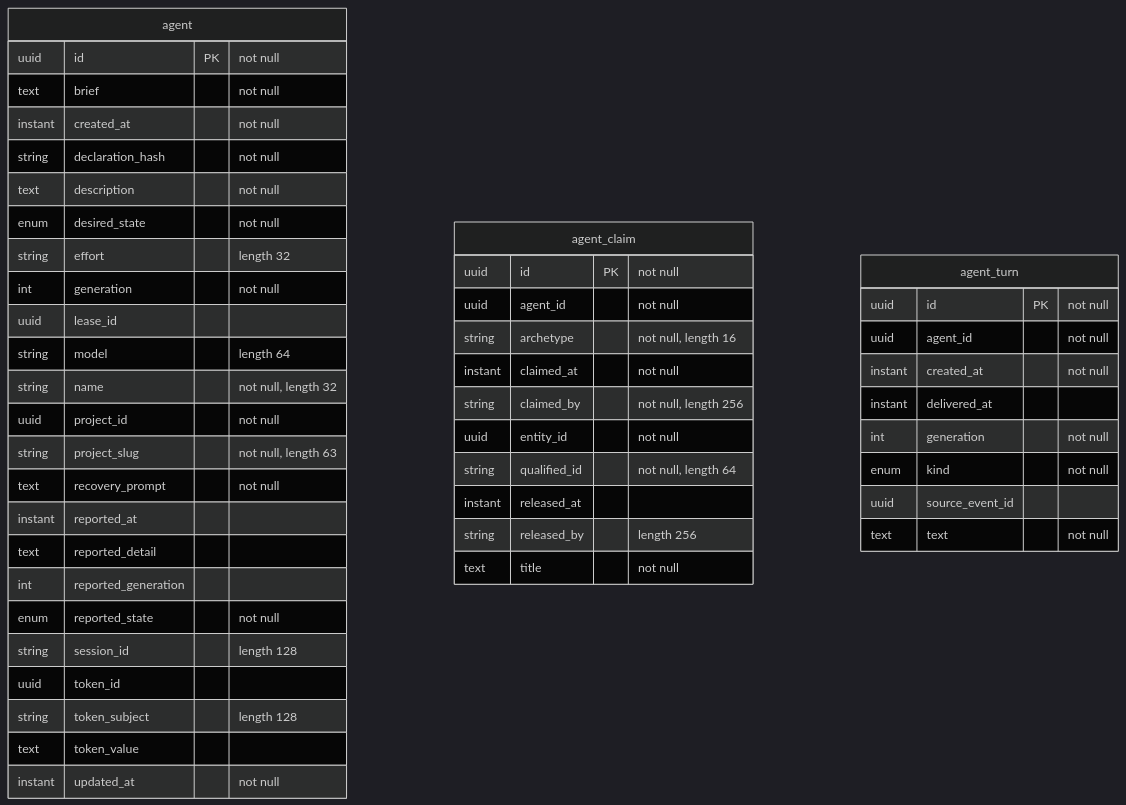
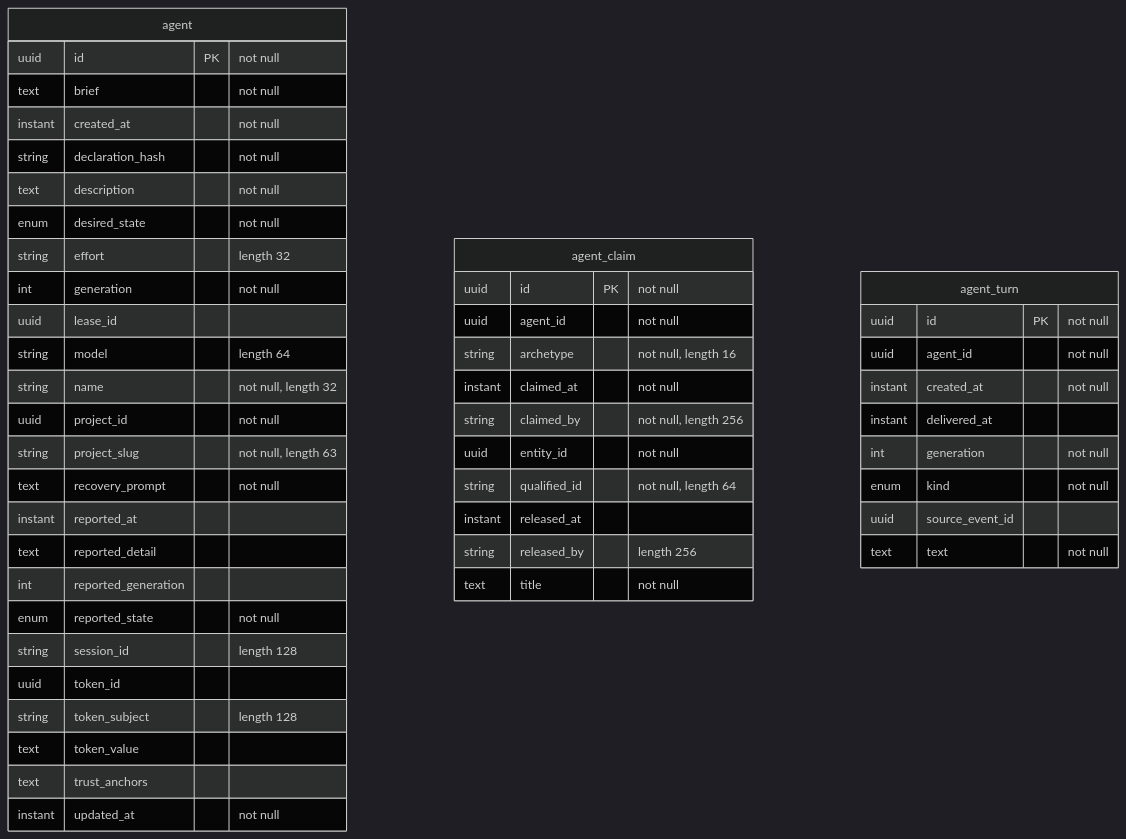
The diagram in docs/database/agents.md (QuicklyIterateTheSoftware/qits-agents-service), drawn with Mermaid (dark theme) before and after one commit.

Commit message:
chore(qits-1945): update entity diagram

````diff
--- a/docs/database/agents.md
+++ b/docs/database/agents.md
@@ -6,53 +6,54 @@
 ```mermaid
 erDiagram
   %% agent: eu.wohlben.qits.agents.service.entity.ProjectAgent (domain)
   agent {
     uuid id PK "not null"
     text brief "not null"
     instant created_at "not null"
     string declaration_hash "not null"
     text description "not null"
     enum desired_state "not null"
     string effort "length 32"
     int generation "not null"
     uuid lease_id
     string model "length 64"
     string name "not null, length 32"
     uuid project_id "not null"
     string project_slug "not null, length 63"
     text recovery_prompt "not null"
     instant reported_at
     text reported_detail
     int reported_generation
     enum reported_state "not null"
     string session_id "length 128"
     uuid token_id
     string token_subject "length 128"
     text token_value
+    text trust_anchors
     instant updated_at "not null"
   }
   %% agent_claim: eu.wohlben.qits.agents.service.entity.AgentClaim (domain)
   agent_claim {
     uuid id PK "not null"
     uuid agent_id "not null"
     string archetype "not null, length 16"
     instant claimed_at "not null"
     string claimed_by "not null, length 256"
     uuid entity_id "not null"
     string qualified_id "not null, length 64"
     instant released_at
     string released_by "length 256"
     text title "not null"
   }
   %% agent_turn: eu.wohlben.qits.agents.service.entity.AgentTurn (domain)
   agent_turn {
     uuid id PK "not null"
     uuid agent_id "not null"
     instant created_at "not null"
     instant delivered_at
     int generation "not null"
     enum kind "not null"
     uuid source_event_id
     text text "not null"
   }
 ```
````
